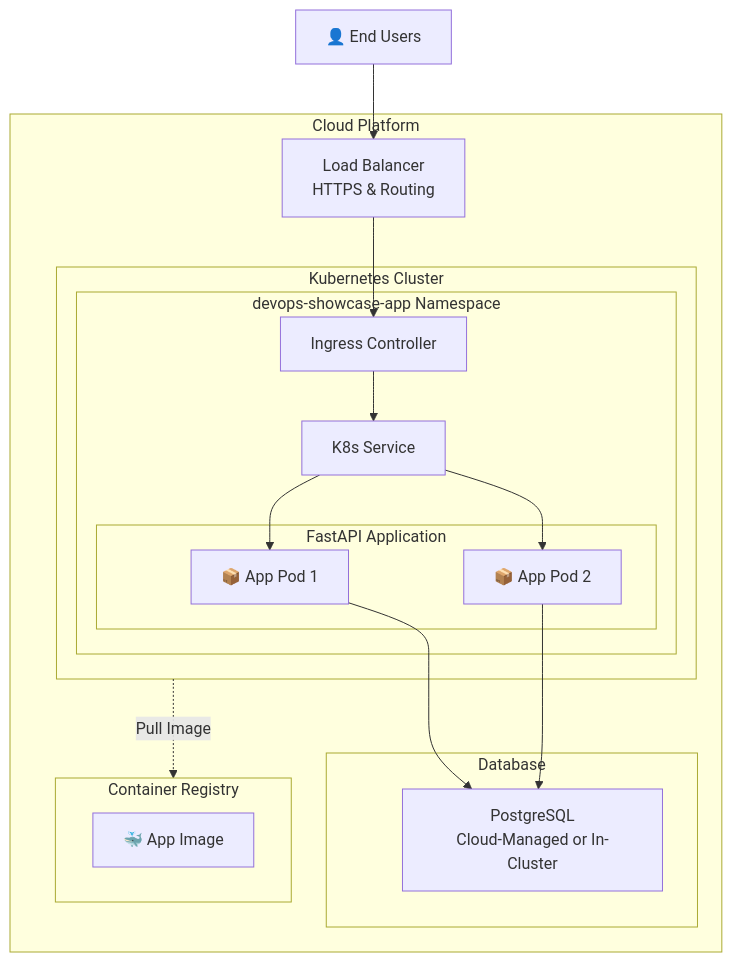
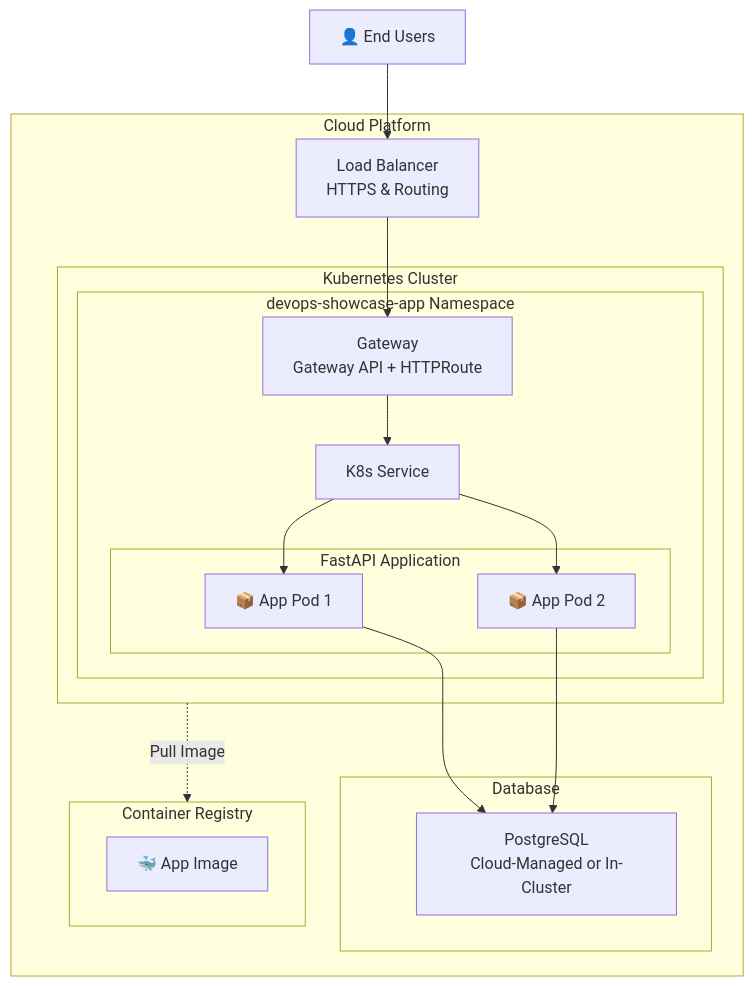
One commit to Roberdvs/devops-showcase-app changed the diagram in README.md. Above: the diagram before and after it, drawn with Mermaid. The commit also changed other lines of this file and 2 other files, not shown here.

Commit message:
chore: Migrate from Ingress to Gateway API (#159)

````diff
--- a/README.md
+++ b/README.md
@@ -186,36 +186,36 @@
 ```mermaid
 graph TB
     User[👤 End Users] --> ALB
 
     subgraph Cloud["Cloud Platform"]
         ALB[Load Balancer<br/>HTTPS & Routing]
 
         subgraph K8s["Kubernetes Cluster"]
             subgraph Namespace["devops-showcase-app Namespace"]
                 subgraph App["FastAPI Application"]
                     Pod1[📦 App Pod 1]
                     Pod2[📦 App Pod 2]
                 end
-                Ingress[Ingress Controller]
+                Gateway[Gateway<br/>Gateway API + HTTPRoute]
                 Service[K8s Service]
             end
         end
 
         subgraph Database["Database"]
             DB[PostgreSQL<br/>Cloud-Managed or In-Cluster]
         end
 
         subgraph Registry["Container Registry"]
             Image[🐳 App Image]
         end
     end
 
-    ALB --> Ingress
-    Ingress --> Service
+    ALB --> Gateway
+    Gateway --> Service
     Service --> Pod1
     Service --> Pod2
     Pod1 --> DB
     Pod2 --> DB
 
     K8s -.->|Pull Image| Registry
 ```
````
